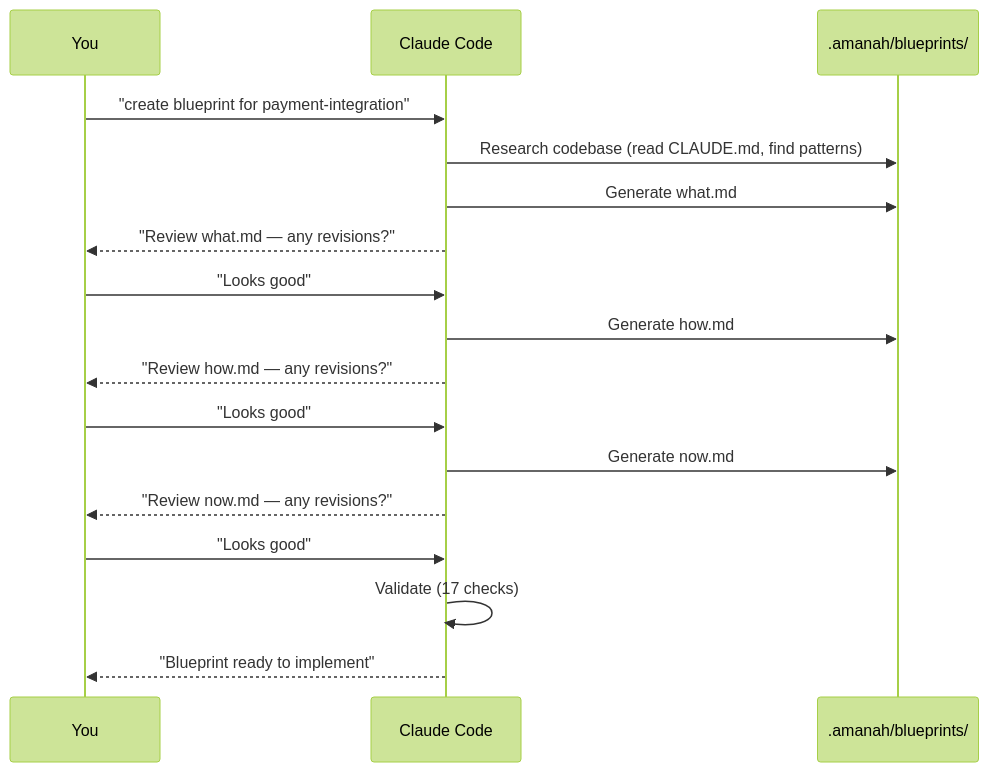
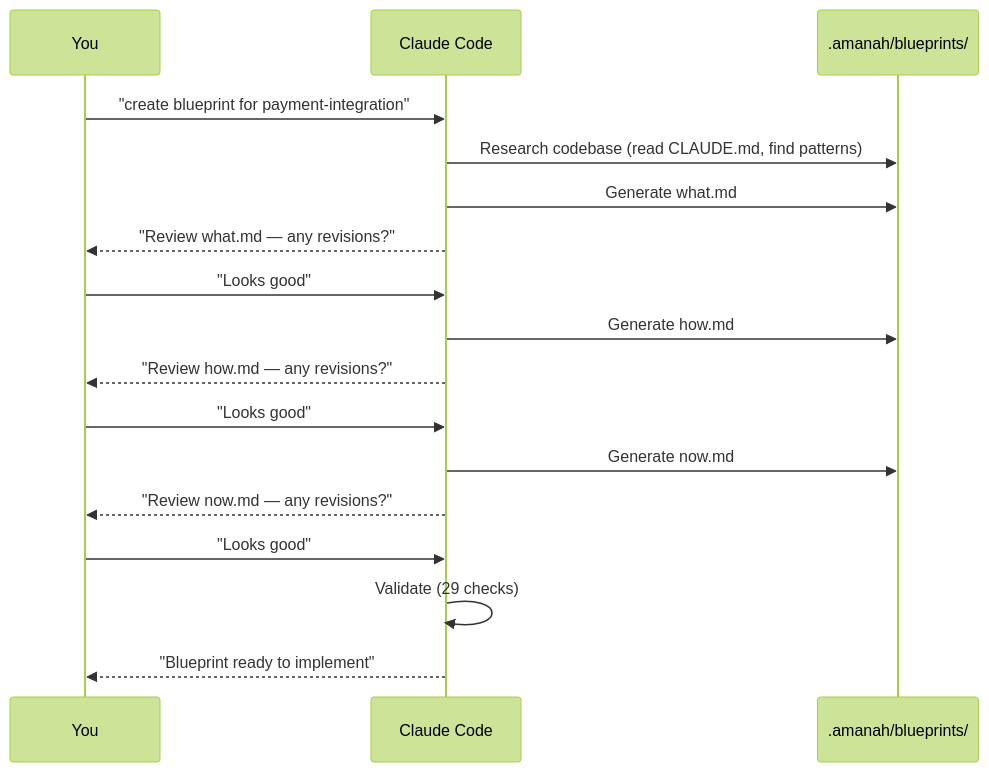
Before and after one commit to NHadi/AmanahAgent.Blueprint.Skills: the second of 9 diagrams in README.md, drawn with Mermaid (forest theme). The commit also changed other lines of this file and 3 other files, not shown here.

````diff
--- a/README.md
+++ b/README.md
@@ -61,20 +61,20 @@
 ```mermaid
 sequenceDiagram
     participant U as You
     participant C as Claude Code
     participant FS as .amanah/blueprints/
 
     U->>C: "create blueprint for payment-integration"
     C->>FS: Research codebase (read CLAUDE.md, find patterns)
     C->>FS: Generate what.md
     C-->>U: "Review what.md — any revisions?"
     U->>C: "Looks good"
     C->>FS: Generate how.md
     C-->>U: "Review how.md — any revisions?"
     U->>C: "Looks good"
     C->>FS: Generate now.md
     C-->>U: "Review now.md — any revisions?"
     U->>C: "Looks good"
-    C->>C: Validate (17 checks)
+    C->>C: Validate (29 checks)
     C-->>U: "Blueprint ready to implement"
 ```
````
